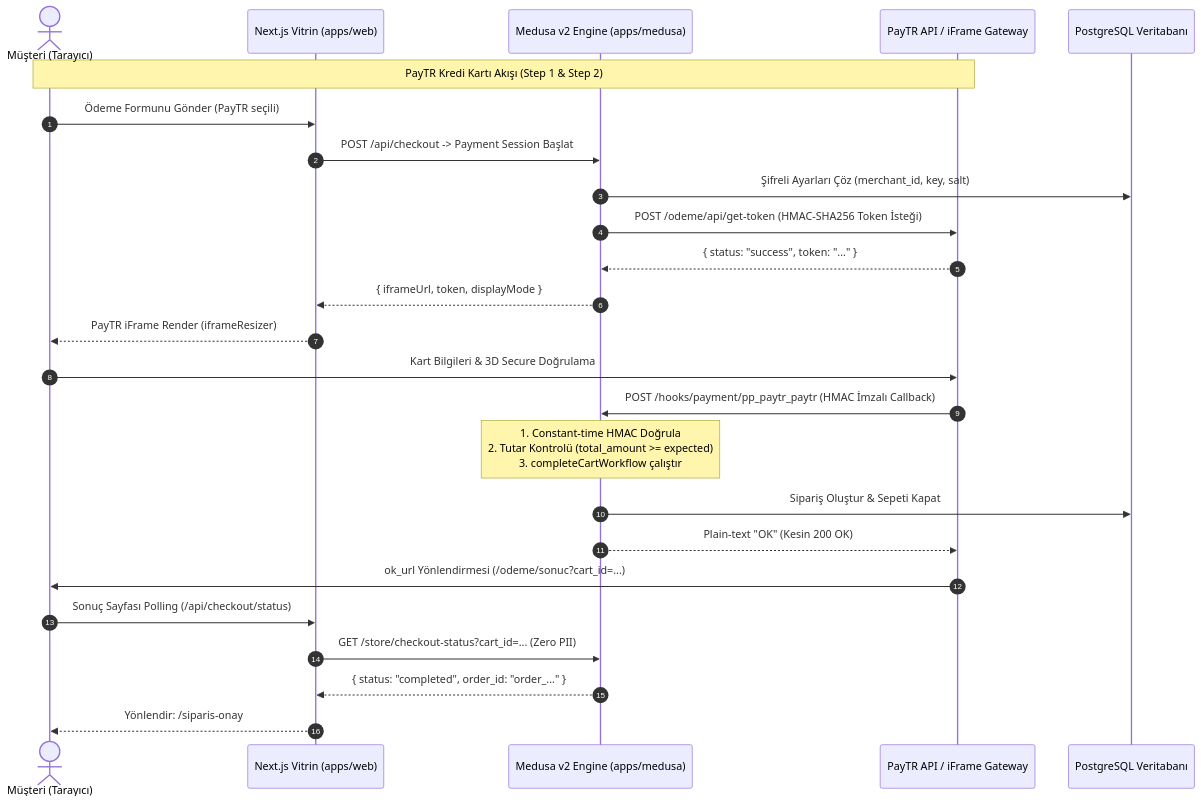
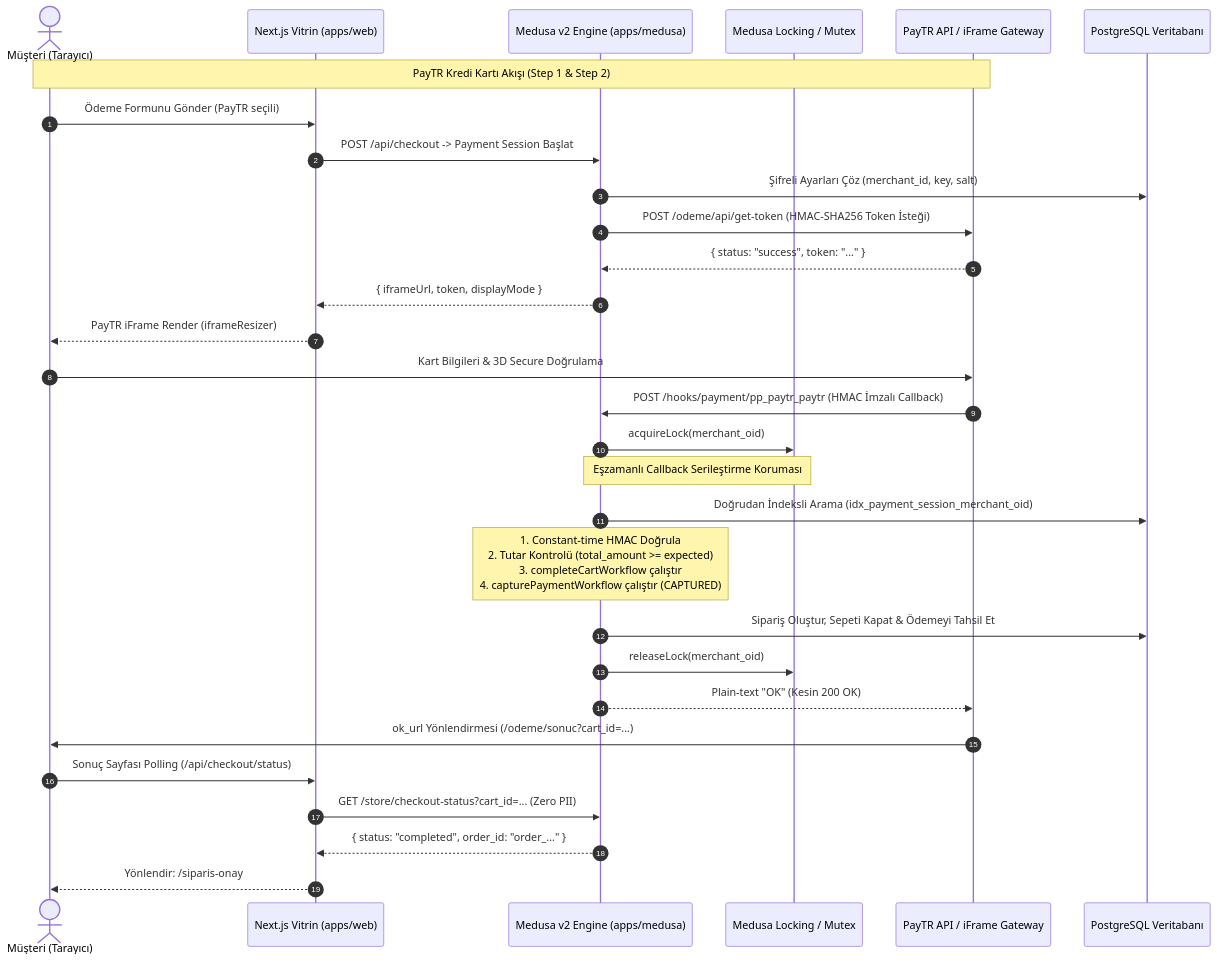
One commit to alte-dev/alte-cms changed the diagram in docs/PAYMENTS.md. Above: the diagram before and after it, drawn with Mermaid. The commit also changed other lines of this file and 3 other files, not shown here.

````diff
--- a/docs/PAYMENTS.md
+++ b/docs/PAYMENTS.md
@@ -32,31 +35,36 @@
 ```mermaid
 sequenceDiagram
     autonumber
     actor Musteri as Müşteri (Tarayıcı)
     participant Vitrin as Next.js Vitrin (apps/web)
     participant Medusa as Medusa v2 Engine (apps/medusa)
+    participant Lock as Medusa Locking / Mutex
     participant PayTR as PayTR API / iFrame Gateway
     participant DB as PostgreSQL Veritabanı
 
     %% PayTR Flow
     Note over Musteri, PayTR: PayTR Kredi Kartı Akışı (Step 1 & Step 2)
     Musteri->>Vitrin: Ödeme Formunu Gönder (PayTR seçili)
     Vitrin->>Medusa: POST /api/checkout -> Payment Session Başlat
     Medusa->>DB: Şifreli Ayarları Çöz (merchant_id, key, salt)
     Medusa->>PayTR: POST /odeme/api/get-token (HMAC-SHA256 Token İsteği)
     PayTR-->>Medusa: { status: "success", token: "..." }
     Medusa-->>Vitrin: { iframeUrl, token, displayMode }
     Vitrin-->>Musteri: PayTR iFrame Render (iframeResizer)
 
     Musteri->>PayTR: Kart Bilgileri & 3D Secure Doğrulama
     PayTR->>Medusa: POST /hooks/payment/pp_paytr_paytr (HMAC İmzalı Callback)
-    Note over Medusa: 1. Constant-time HMAC Doğrula<br/>2. Tutar Kontrolü (total_amount >= expected)<br/>3. completeCartWorkflow çalıştır
-    Medusa->>DB: Sipariş Oluştur & Sepeti Kapat
+    Medusa->>Lock: acquireLock(merchant_oid)
+    Note over Medusa, Lock: Eşzamanlı Callback Serileştirme Koruması
+    Medusa->>DB: Doğrudan İndeksli Arama (idx_payment_session_merchant_oid)
+    Note over Medusa: 1. Constant-time HMAC Doğrula<br/>2. Tutar Kontrolü (total_amount >= expected)<br/>3. completeCartWorkflow çalıştır<br/>4. capturePaymentWorkflow çalıştır (CAPTURED)
+    Medusa->>DB: Sipariş Oluştur, Sepeti Kapat & Ödemeyi Tahsil Et
+    Medusa->>Lock: releaseLock(merchant_oid)
     Medusa-->>PayTR: Plain-text "OK" (Kesin 200 OK)
 
     PayTR->>Musteri: ok_url Yönlendirmesi (/odeme/sonuc?cart_id=...)
     Musteri->>Vitrin: Sonuç Sayfası Polling (/api/checkout/status)
     Vitrin->>Medusa: GET /store/checkout-status?cart_id=... (Zero PII)
     Medusa-->>Vitrin: { status: "completed", order_id: "order_..." }
     Vitrin-->>Musteri: Yönlendir: /siparis-onay
 ```
````
